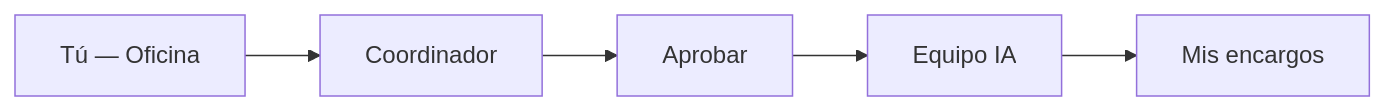
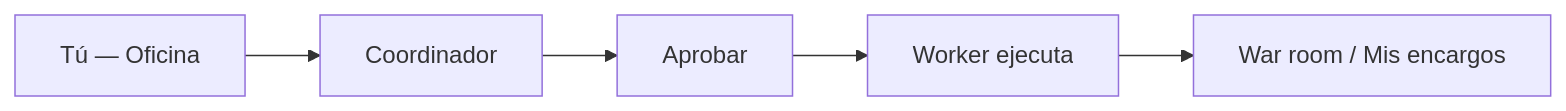
One commit to kreodevs/ia-company changed the first of 2 diagrams in frontend/src/content/help/tutorial.md. Above: the diagram before and after it, drawn with Mermaid. The commit also changed other lines of this file and 21 other files, not shown here.

````diff
--- a/frontend/src/content/help/tutorial.md
+++ b/frontend/src/content/help/tutorial.md
@@ -44,7 +52,7 @@
 ```mermaid
 flowchart LR
   A[Tú — Oficina] --> B[Coordinador]
   B --> C[Aprobar]
-  C --> D[Equipo IA]
-  D --> E[Mis encargos]
+  C --> D[Worker ejecuta]
+  D --> E[War room / Mis encargos]
 ```
````
